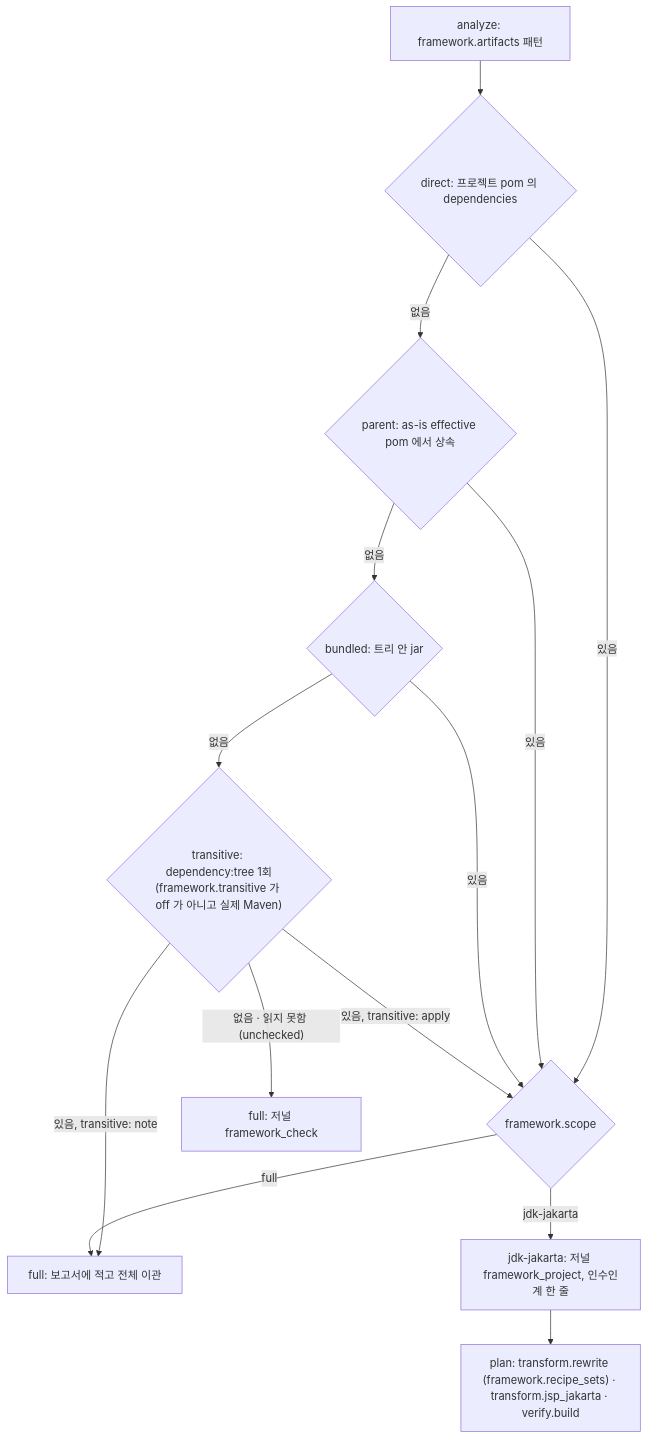
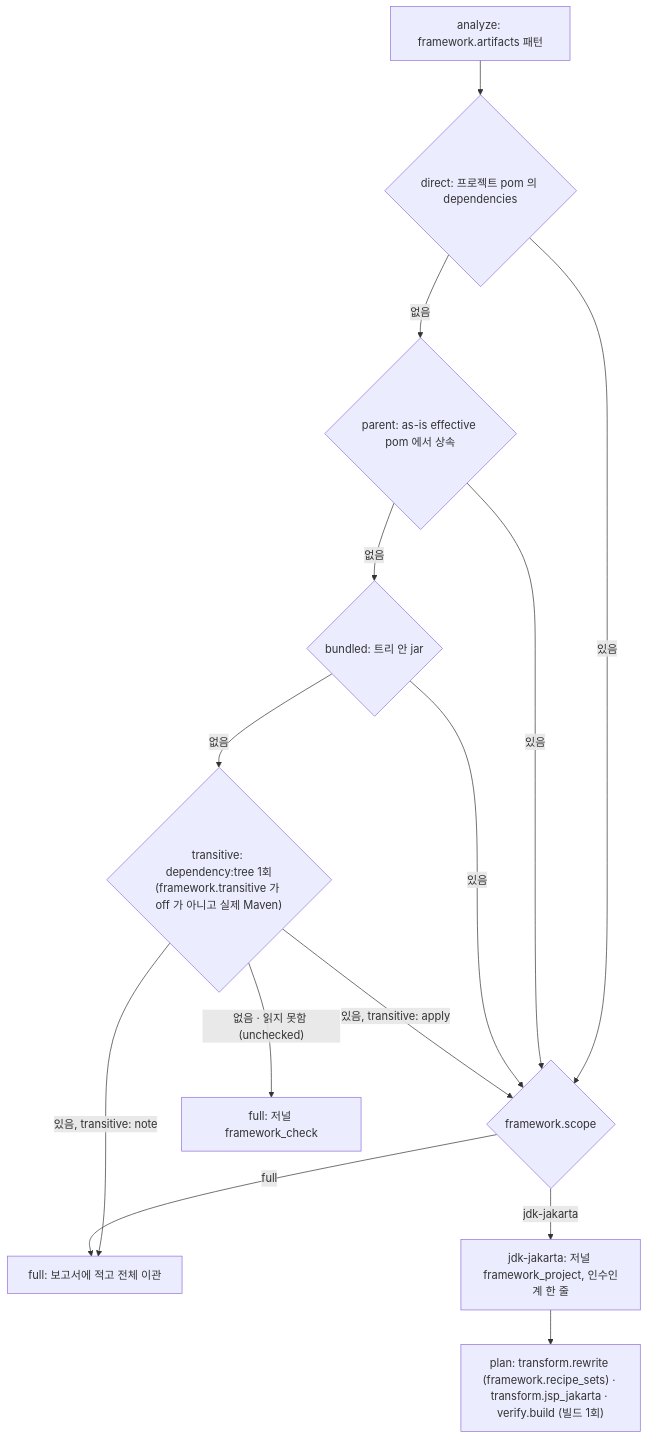
One commit to acandiatale/tutu changed the third of 8 diagrams in docs/migration-agent/README.md. Above: the diagram before and after it, drawn with Mermaid. The commit also changed other lines of this file and 79 other files, not shown here.

````diff
--- a/docs/migration-agent/README.md
+++ b/docs/migration-agent/README.md
@@ -204,16 +207,16 @@
 ```mermaid
 flowchart TD
   A["analyze: framework.artifacts 패턴"] --> D{"direct: 프로젝트 pom 의 dependencies"}
   D -->|"없음"| P{"parent: as-is effective pom 에서 상속"}
   P -->|"없음"| B{"bundled: 트리 안 jar"}
   B -->|"없음"| TR{"transitive: dependency:tree 1회<br/>(framework.transitive 가 off 가 아니고 실제 Maven)"}
   D -->|"있음"| S{"framework.scope"}
   P -->|"있음"| S
   B -->|"있음"| S
   TR -->|"있음, transitive: apply"| S
   TR -->|"있음, transitive: note"| FULL["full: 보고서에 적고 전체 이관"]
   TR -->|"없음 · 읽지 못함 (unchecked)"| FULL2["full: 저널 framework_check"]
   S -->|"jdk-jakarta"| R["jdk-jakarta: 저널 framework_project, 인수인계 한 줄"]
   S -->|"full"| FULL
-  R --> PL["plan: transform.rewrite (framework.recipe_sets) · transform.jsp_jakarta · verify.build"]
+  R --> PL["plan: transform.rewrite (framework.recipe_sets) · transform.jsp_jakarta · verify.build (빌드 1회)"]
 ```
````
